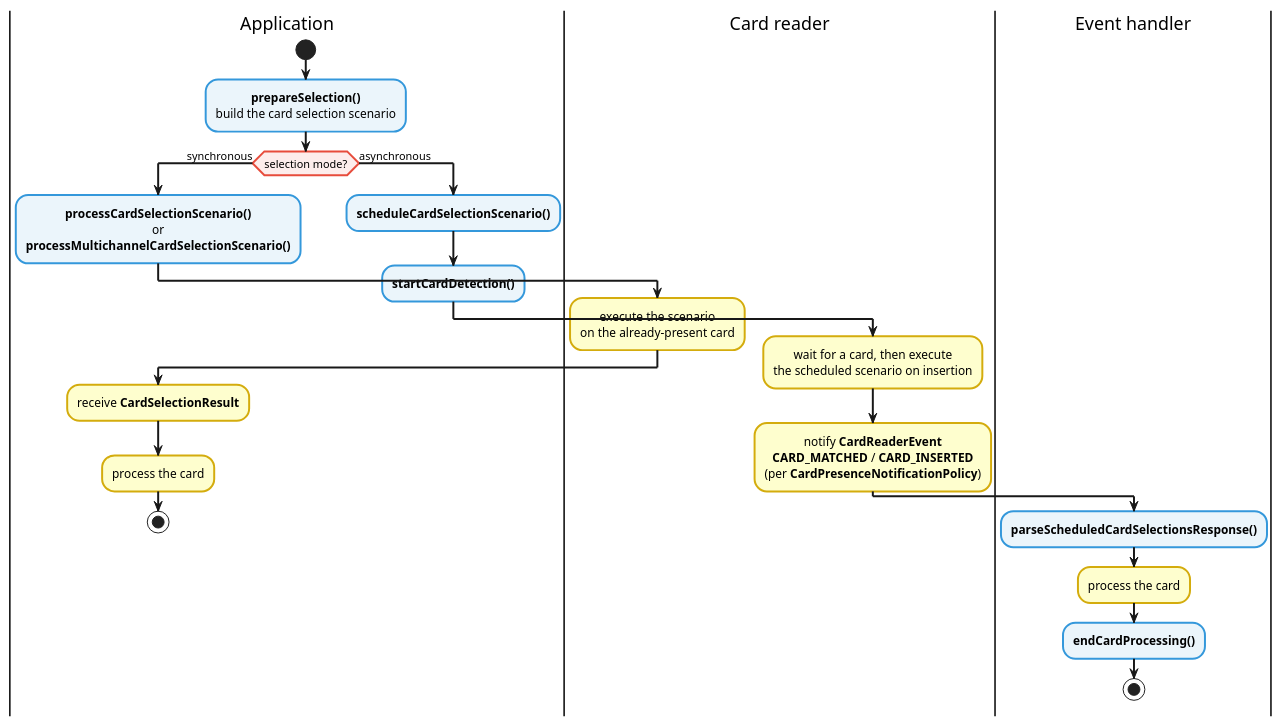
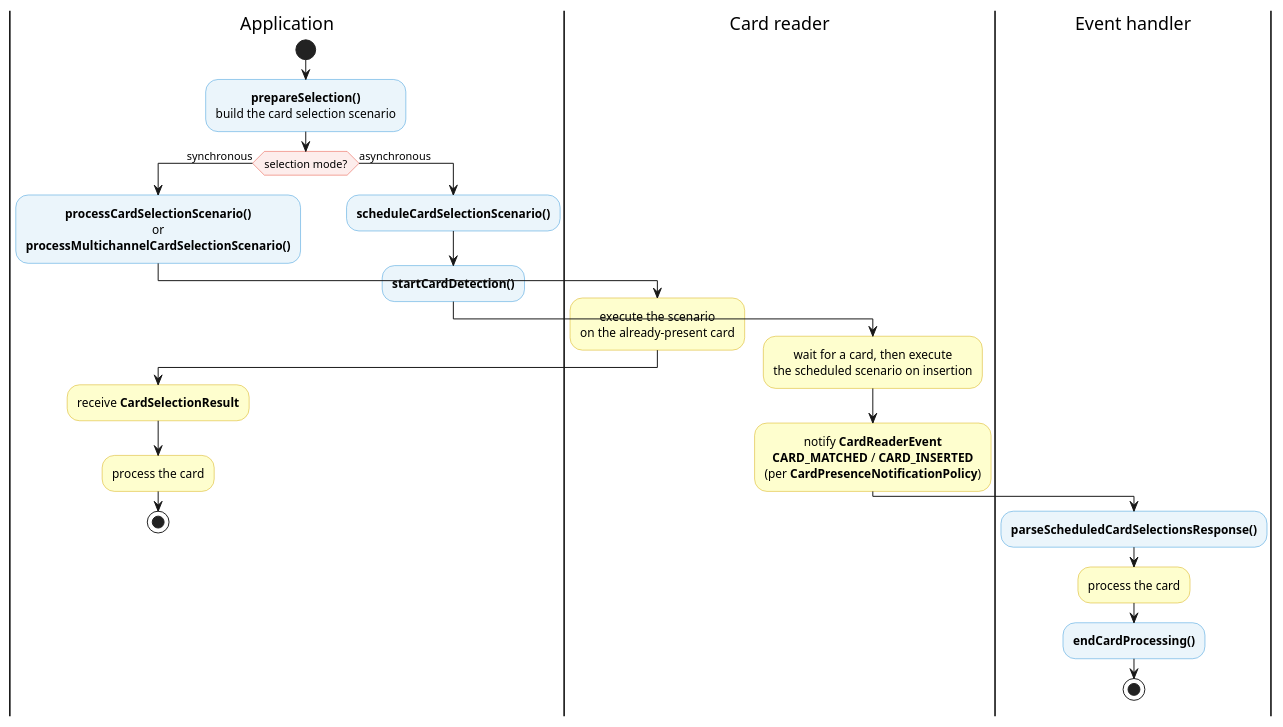
One commit to calypsonet/calypsonet-terminal-reader-uml-api changed the diagram in uml/card-selection-modes.puml. Above: the diagram before and after it, drawn with PlantUML.

Commit message:
docs card selection modes

```diff
--- a/uml/card-selection-modes.puml
+++ b/uml/card-selection-modes.puml
@@ -1,58 +1,56 @@
 @startuml
 ' Card selection modes -- synchronous vs. asynchronous (informative)
 
 ' == THEME ==
 
 skinparam defaultTextAlignment center
-skinparam ArrowThickness 2
 skinparam activity {
     ' Activity
-    BorderThickness 2
     ' Default (no stereotype) => Yellow
     BackgroundColor #FEFECE
     BorderColor #D4AC0D
     ' Stereotype <<blue>> => Blue
     BackgroundColor<<blue>> #EBF5FB
     BorderColor<<blue>> #3498DB
     hide <<blue>> stereotype
     ' Order is very important! Diamond styling must be last,
     ' otherwise it will override the default activity style.
     ' Diamond => Red
     DiamondBackgroundColor #FDEDEC
     DiamondBorderColor #E74C3C
     DiamondBorderThickness 2
 }
 
 ' == CONTENT ==
 
 |Application|
 start
 :**prepareSelection()**
 build the card selection scenario; <<blue>>
 if (selection mode?) then (synchronous)
   :**processCardSelectionScenario()**
   or
   **processMultichannelCardSelectionScenario()**; <<blue>>
   |Card reader|
   :execute the scenario
   on the already-present card;
   |Application|
   :receive **CardSelectionResult**;
   :process the card;
   stop
 else (asynchronous)
   :**scheduleCardSelectionScenario()**; <<blue>>
   :**startCardDetection()**; <<blue>>
   |Card reader|
   :wait for a card, then execute
   the scheduled scenario on insertion;
   :notify **CardReaderEvent**
   **CARD_MATCHED** / **CARD_INSERTED**
   (per **CardPresenceNotificationPolicy**);
   |Event handler|
   :**parseScheduledCardSelectionsResponse()**; <<blue>>
   :process the card;
   :**endCardProcessing()**; <<blue>>
   stop
 endif
 @enduml
```
